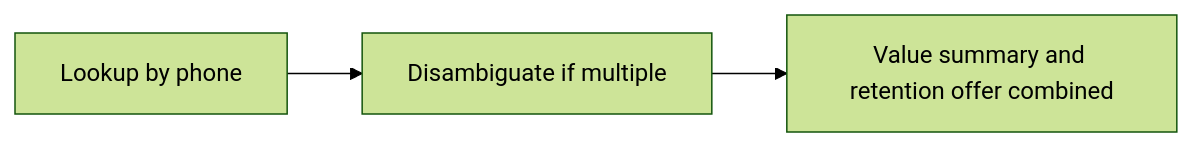
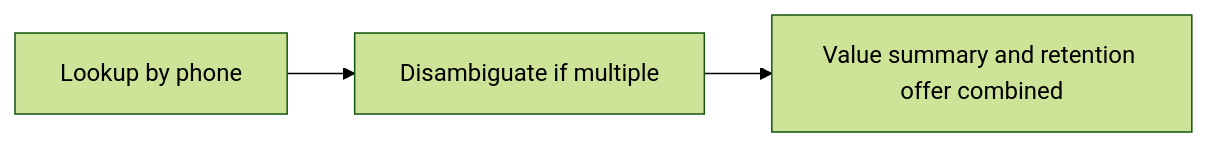
One commit to HelloWash/Public changed the first of 12 diagrams in Jax-Kar-Wash-API-Integration–Discussion-Document.md. Above: the diagram before and after it, drawn with Mermaid (forest theme). The commit also changed other lines of this file, not shown here.

Commit message:
Update discussion document with flowchart details

````diff
--- a/Jax-Kar-Wash-API-Integration–Discussion-Document.md
+++ b/Jax-Kar-Wash-API-Integration–Discussion-Document.md
@@ -83,7 +83,8 @@
 ```mermaid
+%%{init: {'flowchart': {'nodeSpacing': 55, 'rankSpacing': 45, 'wrappingWidth': 220}}}%%
 flowchart LR
     Step1["Lookup by phone"]
     Step2["Disambiguate if multiple"]
     Step3["Value summary and retention offer combined"]
     Step1 --> Step2 --> Step3
 ```
````
